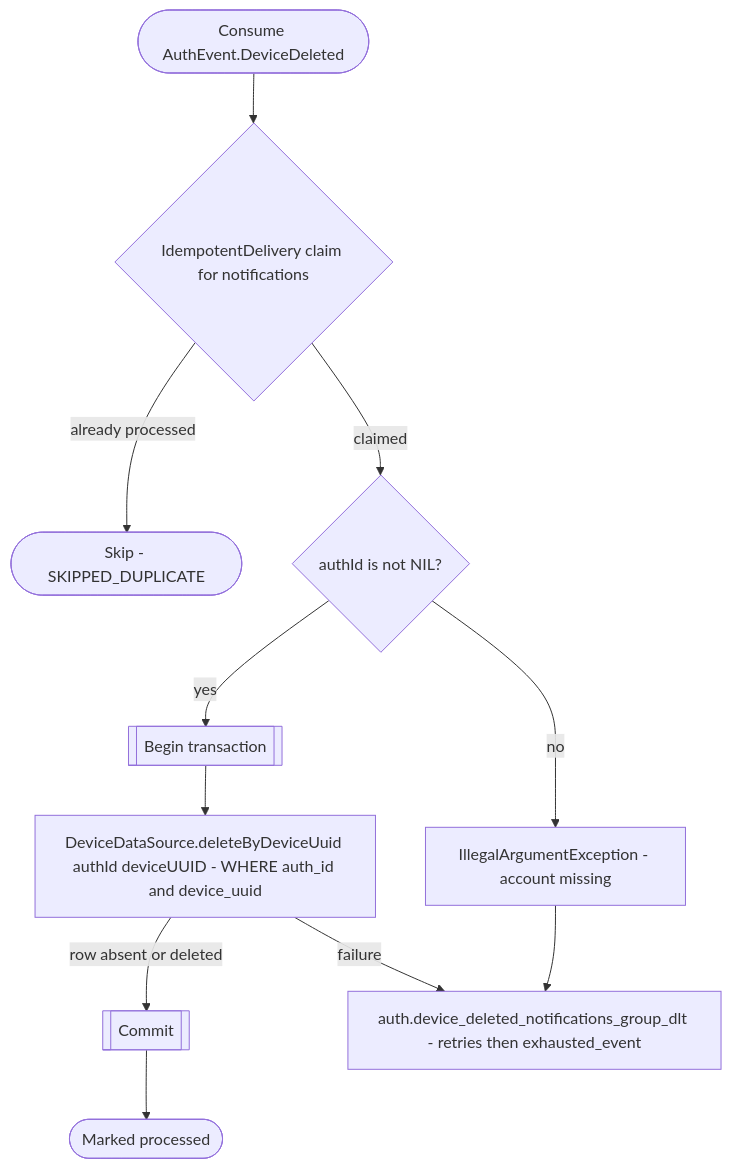
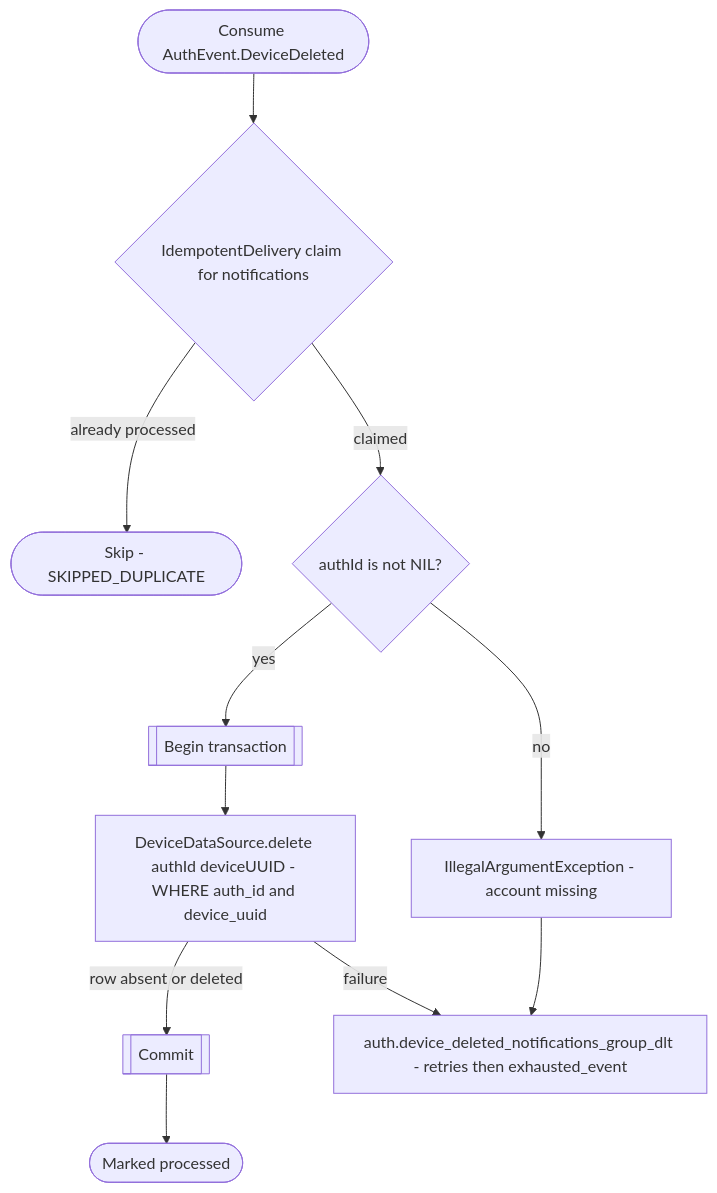
The diagram in docs/operations/notifications/on-device-deleted.md (nocturneproperties/bookkme), drawn with Mermaid before and after one commit. The commit also changed 40 other files, not shown here.

````diff
--- a/docs/operations/notifications/on-device-deleted.md
+++ b/docs/operations/notifications/on-device-deleted.md
@@ -7,13 +7,13 @@
 ```mermaid
 flowchart TD
     Start([Consume AuthEvent.DeviceDeleted]) --> Claim{IdempotentDelivery claim for notifications}
     Claim -- already processed --> Skip([Skip - SKIPPED_DUPLICATE])
     Claim -- claimed --> Scope{authId is not NIL?}
     Scope -- no --> Missing[IllegalArgumentException - account missing]
     Scope -- yes --> Tx[[Begin transaction]]
-    Tx --> Delete["DeviceDataSource.deleteByDeviceUuid authId deviceUUID - WHERE auth_id and device_uuid"]
+    Tx --> Delete["DeviceDataSource.delete authId deviceUUID - WHERE auth_id and device_uuid"]
     Delete -- row absent or deleted --> Commit[[Commit]]
     Commit --> Ack([Marked processed])
     Missing --> Retry["auth.device_deleted_notifications_group_dlt - retries then exhausted_event"]
     Delete -- failure --> Retry
 ```
````
